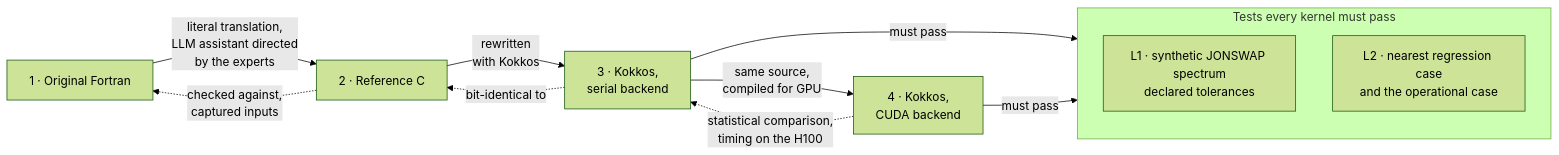
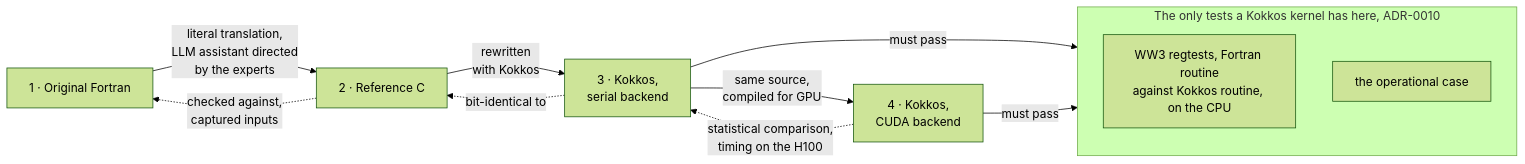
One commit to h0ffmann/ww3-gpu changed the first of 4 diagrams in course/13-bulk-porting-with-agents.md. Above: the diagram before and after it, drawn with Mermaid (forest theme). The commit also changed other lines of this file and 86 other files, not shown here.

````diff
--- a/course/13-bulk-porting-with-agents.md
+++ b/course/13-bulk-porting-with-agents.md
@@ -20,17 +22,17 @@
 ```mermaid
 %% figure: porting-validation-ladder
 %% title: How is each translated version of a kernel checked against the one before it?
 flowchart LR
     A[1 · Original Fortran] -- literal translation,<br/>LLM assistant directed<br/>by the experts --> B[2 · Reference C]
     B -- rewritten<br/>with Kokkos --> C[3 · Kokkos,<br/>serial backend]
     C -- same source,<br/>compiled for GPU --> D[4 · Kokkos,<br/>CUDA backend]
     B -. checked against,<br/>captured inputs .-> A
     C -. bit-identical to .-> B
     D -. statistical comparison,<br/>timing on the H100 .-> C
-    subgraph T[Tests every kernel must pass]
-        L1[L1 · synthetic JONSWAP spectrum<br/>declared tolerances]
-        L2[L2 · nearest regression case<br/>and the operational case]
+    subgraph T[The only tests a Kokkos kernel has here, ADR-0010]
+        L2[WW3 regtests, Fortran routine<br/>against Kokkos routine, on the CPU]
+        L3[the operational case]
     end
     C -- must pass --> T
     D -- must pass --> T
 ```
````
